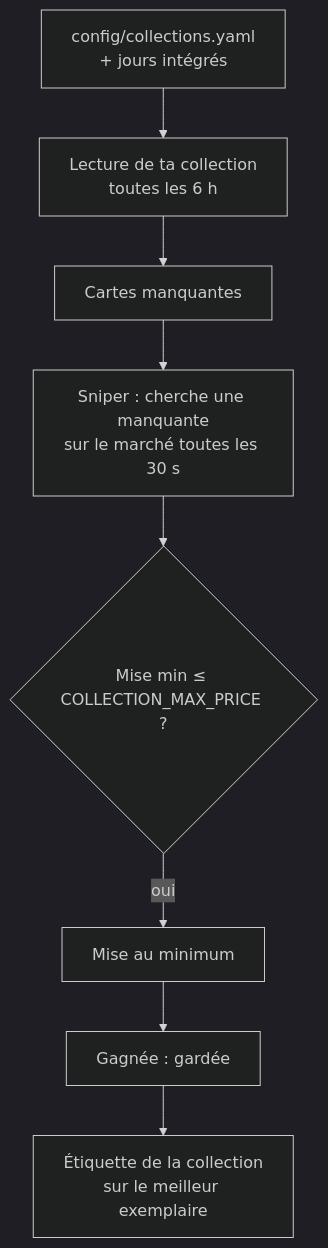
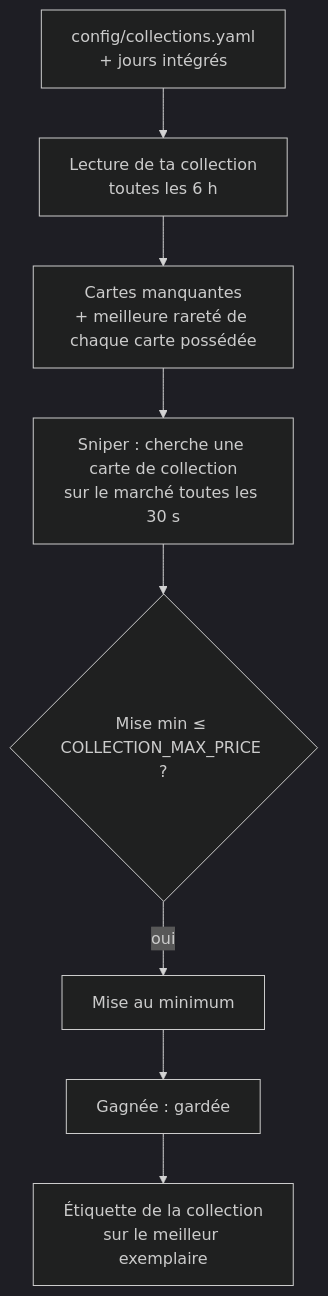
One commit to MaKSiiMe/WikiMastered changed the sixth of 8 diagrams in docs/FONCTIONNEMENT.md. Above: the diagram before and after it, drawn with Mermaid (dark theme). The commit also changed other lines of this file and 7 other files, not shown here.

First line of the commit message:
Collection : viser la plus haute rareté de chaque carte (#131)

````diff
--- a/docs/FONCTIONNEMENT.md
+++ b/docs/FONCTIONNEMENT.md
@@ -149,10 +149,10 @@
 ```mermaid
 flowchart TD
     Y["config/collections.yaml<br/>+ jours intégrés"] --> L["Lecture de ta collection<br/>toutes les 6 h"]
-    L --> M["Cartes manquantes"]
-    M --> S["Sniper : cherche une manquante<br/>sur le marché toutes les 30 s"]
+    L --> M["Cartes manquantes<br/>+ meilleure rareté de chaque carte possédée"]
+    M --> S["Sniper : cherche une carte de collection<br/>sur le marché toutes les 30 s"]
     S --> B{"Mise min ≤ COLLECTION_MAX_PRICE ?"}
     B -->|oui| W["Mise au minimum"]
     W --> K["Gagnée : gardée"]
     K --> T["Étiquette de la collection<br/>sur le meilleur exemplaire"]
 ```
````
